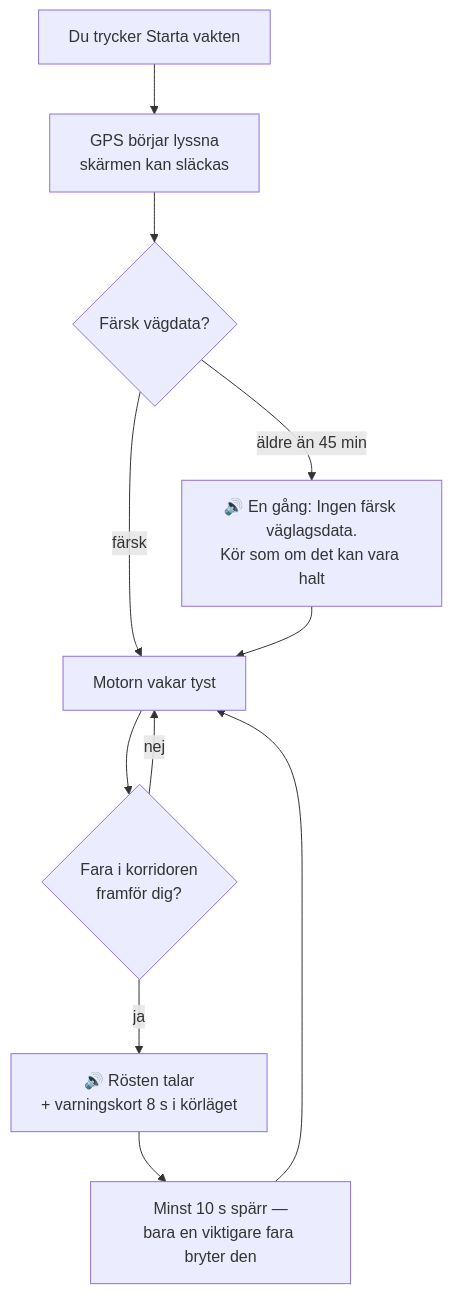
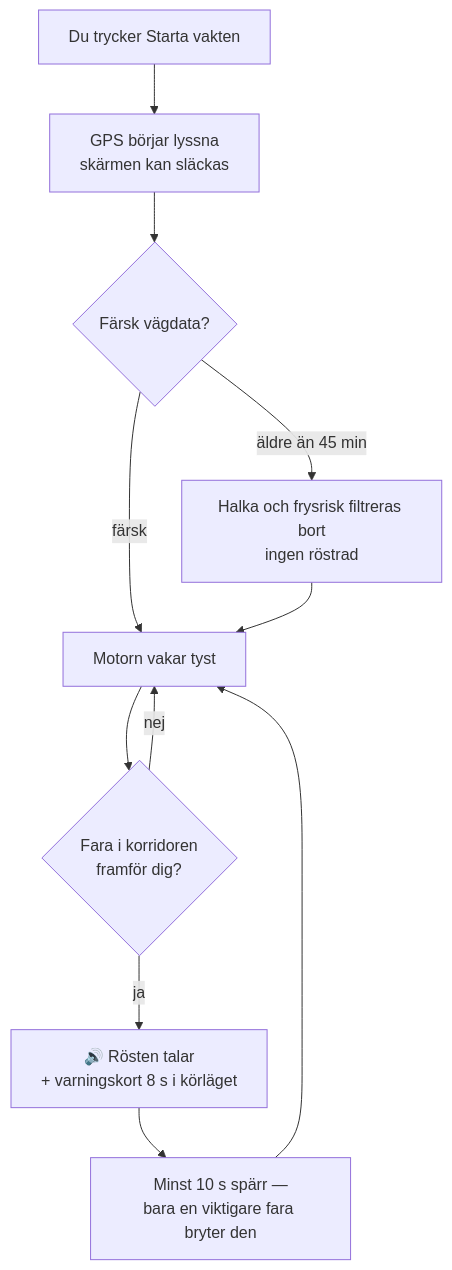
The first of 4 diagrams in docs/PRODUKTBOK.md (Axelstar/Halkvakt), drawn with Mermaid before and after one commit. The commit also changed other lines of this file and 12 other files, not shown here.

````diff
--- a/docs/PRODUKTBOK.md
+++ b/docs/PRODUKTBOK.md
@@ -294,13 +293,13 @@
 ```mermaid
 flowchart TD
     A[Du trycker Starta vakten] --> B[GPS börjar lyssna<br/>skärmen kan släckas]
     B --> C{Färsk vägdata?}
-    C -- "äldre än 45 min" --> D["🔊 En gång: Ingen färsk väglagsdata.<br/>Kör som om det kan vara halt"]
+    C -- "äldre än 45 min" --> D["Halka och frysrisk filtreras bort<br/>ingen röstrad"]
     C -- färsk --> E[Motorn vakar tyst]
     D --> E
     E --> F{Fara i korridoren<br/>framför dig?}
     F -- nej --> E
     F -- ja --> G["🔊 Rösten talar<br/>+ varningskort 8 s i körläget"]
     G --> H[Minst 10 s spärr —<br/>bara en viktigare fara bryter den]
     H --> E
 ```
````
